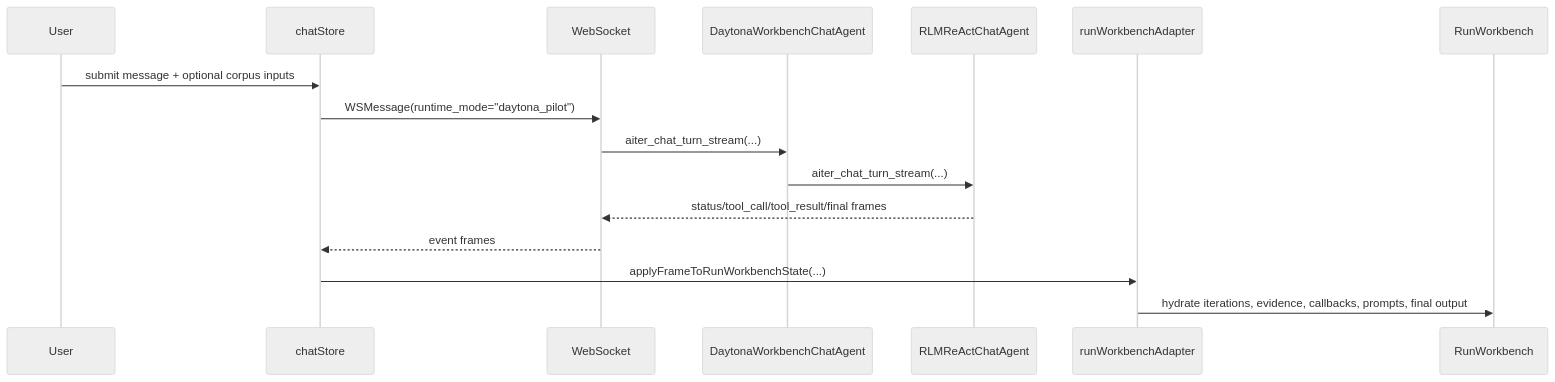
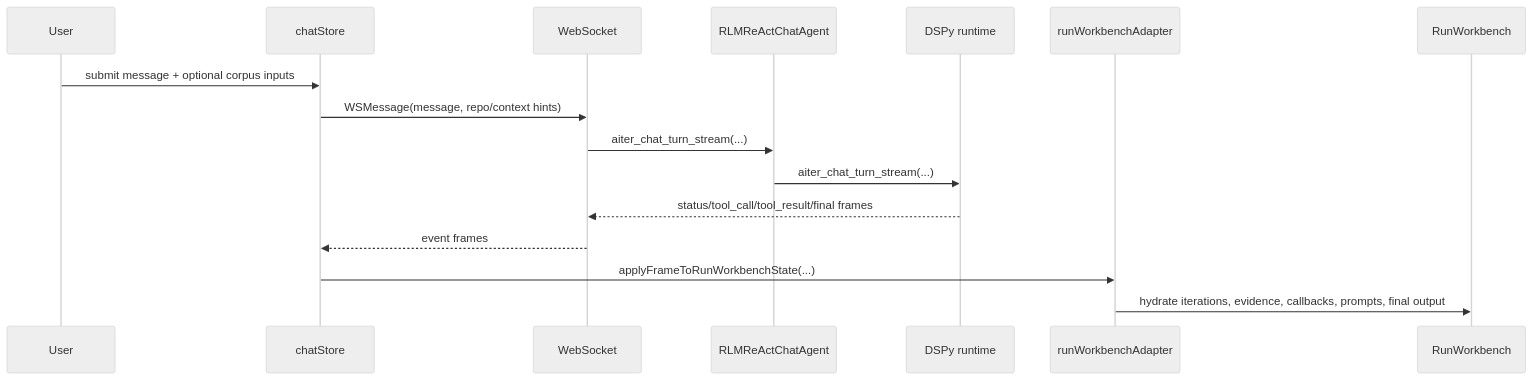
Before and after one commit to Qredence/fleet-rlm: the third of 6 diagrams in docs/architecture.md, drawn with Mermaid (neutral theme). The commit also changed other lines of this file and 103 other files, not shown here.

````diff
--- a/docs/architecture.md
+++ b/docs/architecture.md
@@ -287,19 +283,19 @@
 ```mermaid
 sequenceDiagram
     participant User as User
     participant Store as chatStore
     participant WS as WebSocket
-    participant Agent as DaytonaWorkbenchChatAgent
-    participant Shared as RLMReActChatAgent
+    participant Agent as RLMReActChatAgent
+    participant Shared as DSPy runtime
     participant Adapter as runWorkbenchAdapter
     participant UI as RunWorkbench
 
     User->>Store: submit message + optional corpus inputs
-    Store->>WS: WSMessage(runtime_mode="daytona_pilot")
+    Store->>WS: WSMessage(message, repo/context hints)
     WS->>Agent: aiter_chat_turn_stream(...)
     Agent->>Shared: aiter_chat_turn_stream(...)
     Shared-->>WS: status/tool_call/tool_result/final frames
     WS-->>Store: event frames
     Store->>Adapter: applyFrameToRunWorkbenchState(...)
     Adapter->>UI: hydrate iterations, evidence, callbacks, prompts, final output
 ```
````
